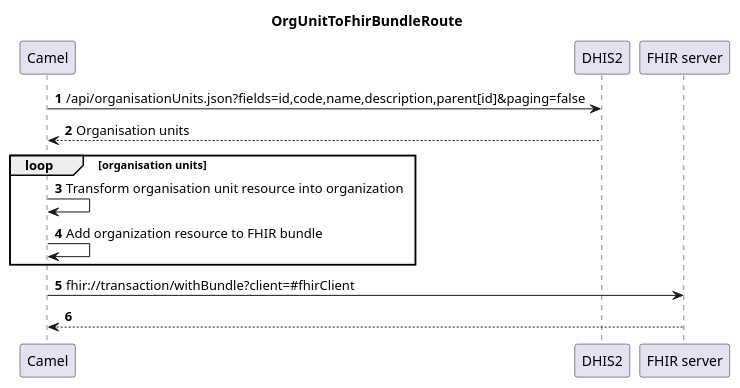
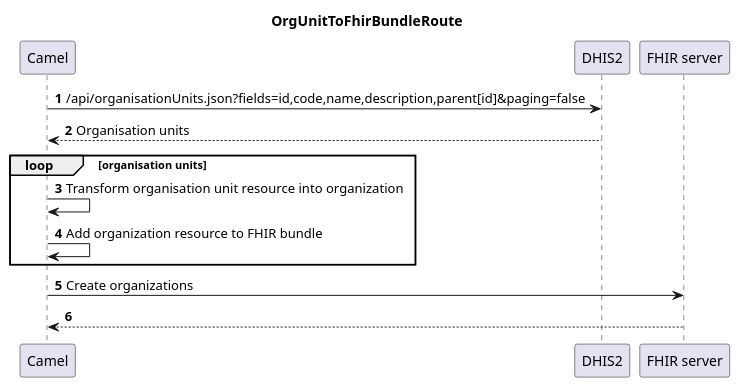
Before and after one commit to dhis2/integration-examples: the first of 3 diagrams in dhis2-to-fhir-bundle/README.md, drawn with PlantUML. The commit also changed other lines of this file and 2 other files, not shown here.

````diff
--- a/dhis2-to-fhir-bundle/README.md
+++ b/dhis2-to-fhir-bundle/README.md
@@ -134,16 +133,16 @@
 ```plantuml
 @startuml
 
 title OrgUnitToFhirBundleRoute
 autonumber
 
 Camel -> DHIS2 : /api/organisationUnits.json?fields=id,code,name,description,parent[id]&paging=false
 Camel <-- DHIS2: Organisation units
 loop organisation units
   Camel -> Camel: Transform organisation unit resource into organization
   Camel -> Camel: Add organization resource to FHIR bundle
 end 
-Camel -> "FHIR server": fhir://transaction/withBundle?client=#fhirClient
+Camel -> "FHIR server": Create organizations
 Camel <-- "FHIR server"
 @enduml
 ```
````
